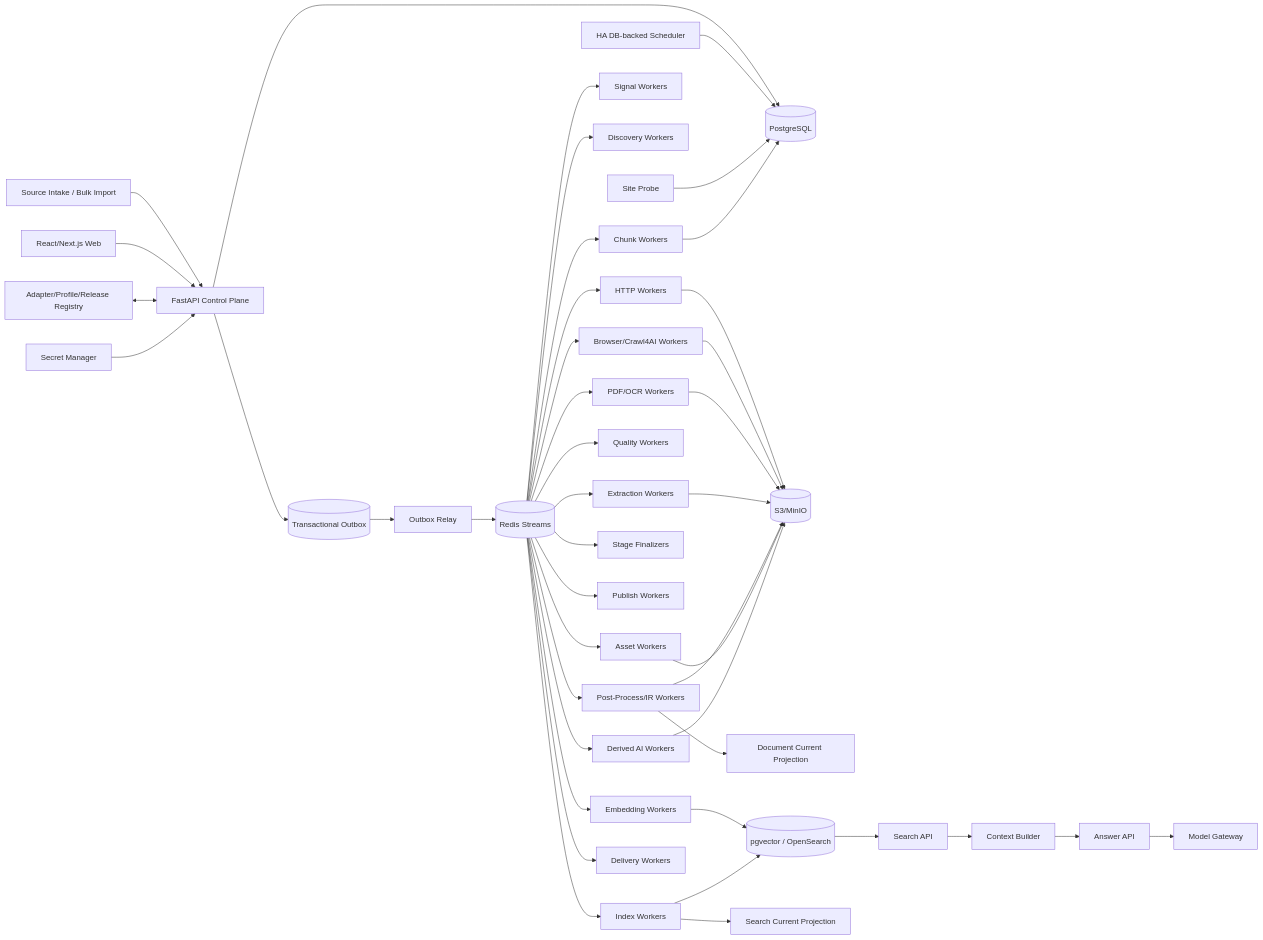
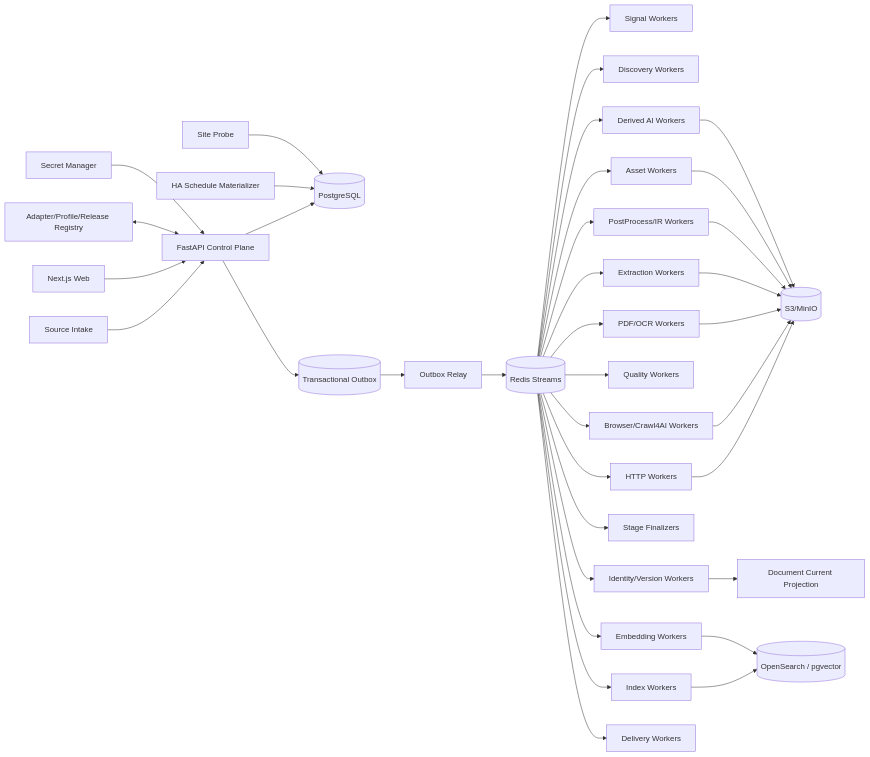
The diagram in 博客知识库技术方案.md (WorkerXu/my-doc), drawn with Mermaid before and after one commit. The commit also changed other lines of this file and 1 other file, not shown here.

````diff
--- a/博客知识库技术方案.md
+++ b/博客知识库技术方案.md
@@ -68,51 +74,42 @@
 ```mermaid
 flowchart LR
-    SI[Source Intake / Bulk Import] --> API[FastAPI Control Plane]
-    UI[React/Next.js Web] --> API
+    SI[Source Intake] --> API[FastAPI Control Plane]
+    UI[Next.js Web] --> API
     API --> PG[(PostgreSQL)]
     API --> OUT[(Transactional Outbox)]
-
-    SCH[HA DB-backed Scheduler] --> PG
+    SCH[HA Schedule Materializer] --> PG
     REG[Adapter/Profile/Release Registry] <--> API
     PROBE[Site Probe] --> PG
     SEC[Secret Manager] --> API
 
     OUT --> RELAY[Outbox Relay]
     RELAY --> Q[(Redis Streams)]
 
     Q --> SG[Signal Workers]
     Q --> DW[Discovery Workers]
     Q --> HF[HTTP Workers]
     Q --> BW[Browser/Crawl4AI Workers]
     Q --> PDF[PDF/OCR Workers]
     Q --> EX[Extraction Workers]
-    Q --> PP[Post-Process/IR Workers]
+    Q --> PP[PostProcess/IR Workers]
     Q --> QV[Quality Workers]
+    Q --> ID[Identity/Version Workers]
     Q --> AW[Asset Workers]
     Q --> FIN[Stage Finalizers]
-    Q --> PB[Publish Workers]
-    Q --> CW[Chunk Workers]
+    Q --> IX[Index Workers]
     Q --> EW[Embedding Workers]
-    Q --> IX[Index Workers]
     Q --> AI[Derived AI Workers]
     Q --> NT[Delivery Workers]
 
     HF --> OBJ[(S3/MinIO)]
     BW --> OBJ
     PDF --> OBJ
     EX --> OBJ
     PP --> OBJ
     AW --> OBJ
     AI --> OBJ
 
-    PP --> CUR[Document Current Projection]
-    CW --> PG
-    EW --> SEARCH[(pgvector / OpenSearch)]
-    IX --> SEARCH
-    IX --> SCUR[Search Current Projection]
-
-    SEARCH --> SA[Search API]
-    SA --> CB[Context Builder]
-    CB --> AA[Answer API]
-    AA --> MG[Model Gateway]
+    ID --> CUR[Document Current Projection]
+    IX --> SEARCH[(OpenSearch / pgvector)]
+    EW --> SEARCH
 ```
````
